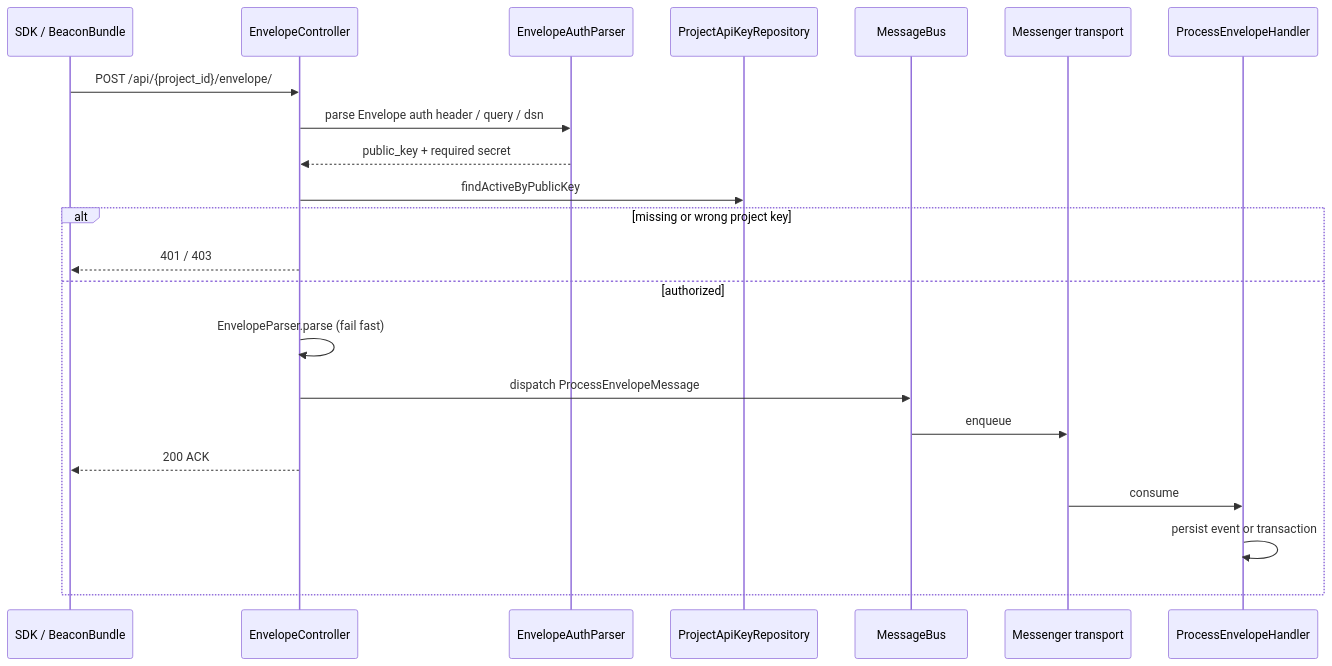
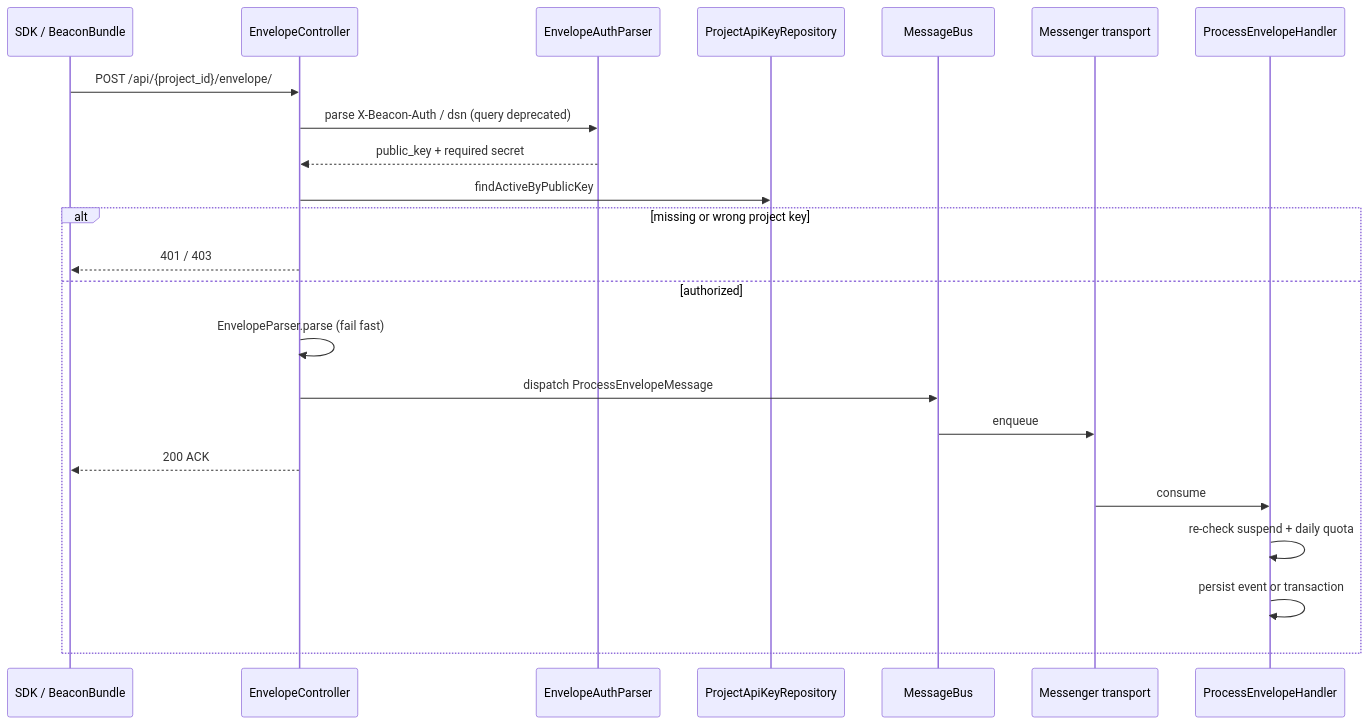
Before and after one commit to nowo-tech/symfony-beacon: the third of 7 diagrams in docs/ARCHITECTURE.md, drawn with Mermaid. The commit also changed other lines of this file and 51 other files, not shown here.

````diff
--- a/docs/ARCHITECTURE.md
+++ b/docs/ARCHITECTURE.md
@@ -167,25 +169,26 @@
 ```mermaid
 sequenceDiagram
   participant Client as SDK / BeaconBundle
   participant HTTP as EnvelopeController
   participant Auth as EnvelopeAuthParser
   participant Keys as ProjectApiKeyRepository
   participant Bus as MessageBus
   participant Q as Messenger transport
   participant Handler as ProcessEnvelopeHandler
 
   Client->>HTTP: POST /api/{project_id}/envelope/
-  HTTP->>Auth: parse Envelope auth header / query / dsn
+  HTTP->>Auth: parse X-Beacon-Auth / dsn (query deprecated)
   Auth-->>HTTP: public_key + required secret
   HTTP->>Keys: findActiveByPublicKey
   alt missing or wrong project key
     HTTP-->>Client: 401 / 403
   else authorized
     HTTP->>HTTP: EnvelopeParser.parse (fail fast)
     HTTP->>Bus: dispatch ProcessEnvelopeMessage
     Bus->>Q: enqueue
     HTTP-->>Client: 200 ACK
     Q->>Handler: consume
+    Handler->>Handler: re-check suspend + daily quota
     Handler->>Handler: persist event or transaction
   end
 ```
````
